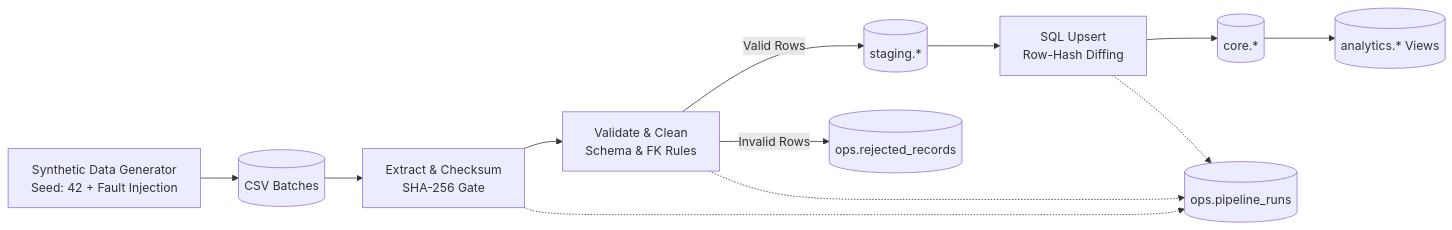
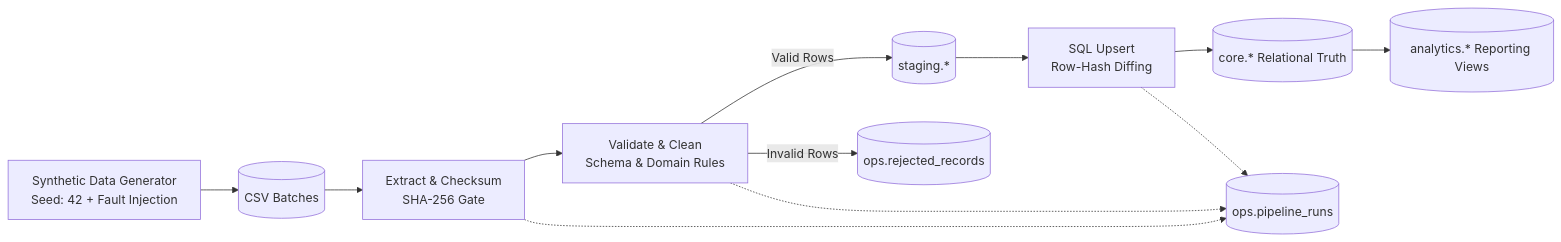
Before and after one commit to siddharth1407/CampusFlow: the first of 2 diagrams in README.md, drawn with Mermaid. The commit also changed other lines of this file and 2 other files, not shown here.

Commit message:
docs: enhance system documentation and architecture reference

````diff
--- a/README.md
+++ b/README.md
@@ -22,14 +36,14 @@
 ```mermaid
 flowchart LR
     G[Synthetic Data Generator<br/>Seed: 42 + Fault Injection] --> C[(CSV Batches)]
     C --> E[Extract & Checksum<br/>SHA-256 Gate]
-    E --> V[Validate & Clean<br/>Schema & FK Rules]
+    E --> V[Validate & Clean<br/>Schema & Domain Rules]
     V -->|Valid Rows| S[(staging.*)]
     V -->|Invalid Rows| Q[(ops.rejected_records)]
     S --> T[SQL Upsert<br/>Row-Hash Diffing]
-    T --> K[(core.*)]
-    K --> A[(analytics.* Views)]
+    T --> K[(core.* Relational Truth)]
+    K --> A[(analytics.* Reporting Views)]
     E -.-> R[(ops.pipeline_runs)]
     V -.-> R
     T -.-> R
 ```
````
